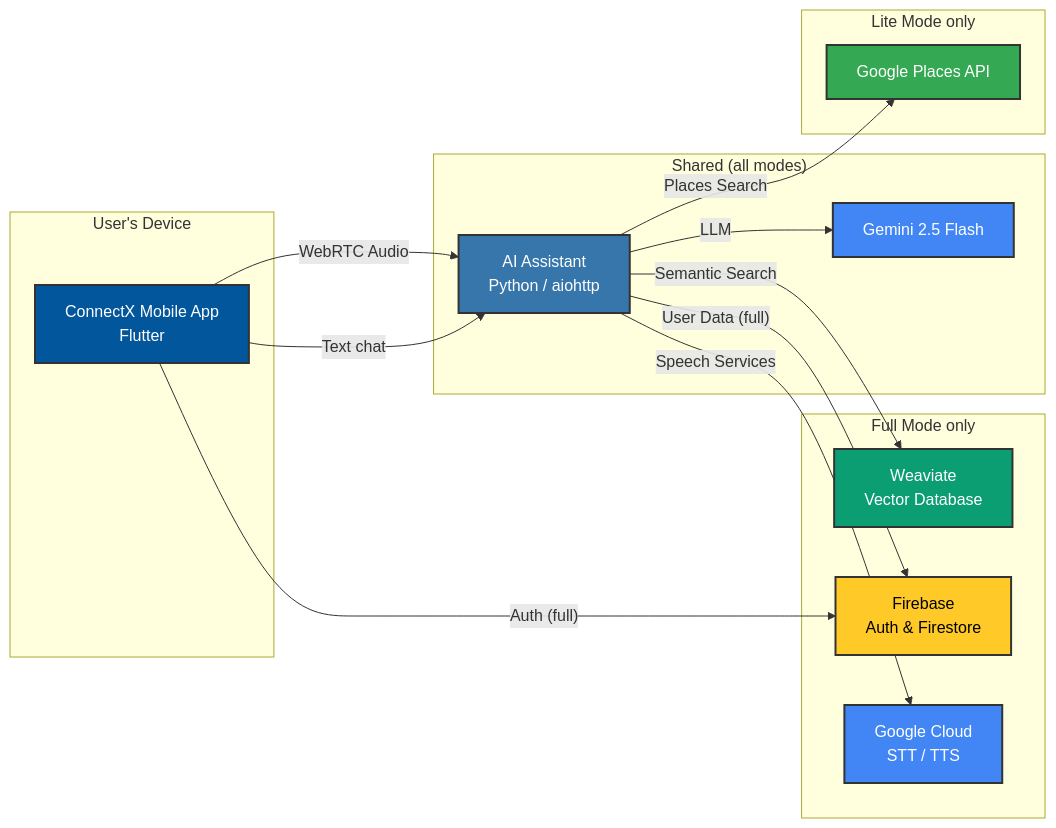
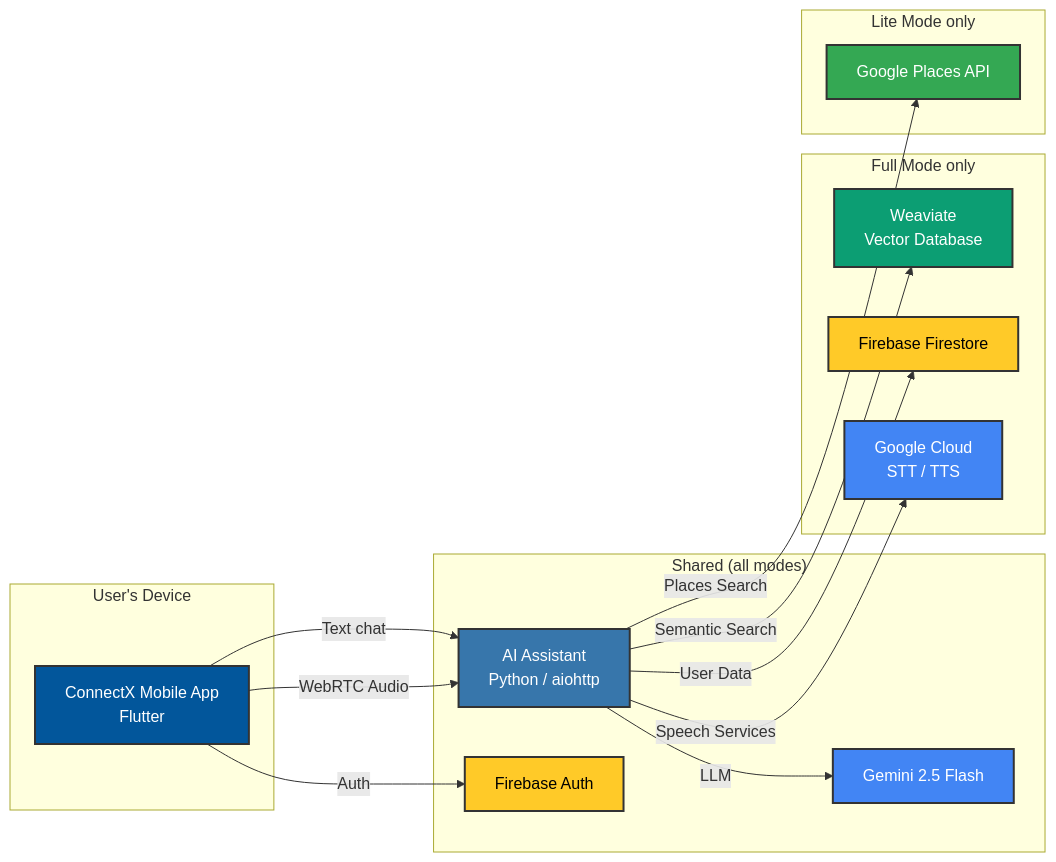
The diagram in README.md (Fides-Connect/linkora), drawn with Mermaid before and after one commit. The commit also changed 1 other file, not shown here.

Commit message:
Fix Firebase Auth as shared dependency (Firestore/FCM are full-only)

````diff
--- a/README.md
+++ b/README.md
@@ -79,38 +79,40 @@
 ```mermaid
 graph LR
     subgraph Device["User's Device"]
         A[ConnectX Mobile App\nFlutter]
     end
 
     subgraph Shared["Shared (all modes)"]
         B[AI Assistant\nPython / aiohttp]
         G[Gemini 2.5 Flash]
+        D[Firebase Auth]
     end
 
     subgraph Full["Full Mode only"]
         C[Weaviate\nVector Database]
-        D[Firebase\nAuth & Firestore]
+        D2[Firebase Firestore]
         E[Google Cloud\nSTT / TTS]
     end
 
     subgraph Lite["Lite Mode only"]
         F[Google Places API]
     end
 
-    A -- "Auth (full)" --> D
+    A -- "Auth" --> D
     A -- "WebRTC Audio" --> B
     A -- "Text chat" --> B
     B -- "LLM" --> G
-    B -- "User Data (full)" --> D
+    B -- "User Data" --> D2
     B -- "Semantic Search" --> C
     B -- "Speech Services" --> E
     B -- "Places Search" --> F
 
     style A fill:#02569B,stroke:#333,stroke-width:2px,color:#fff
     style B fill:#3776AB,stroke:#333,stroke-width:2px,color:#fff
     style C fill:#0C9E73,stroke:#333,stroke-width:2px,color:#fff
     style D fill:#FFCA28,stroke:#333,stroke-width:2px,color:#000
+    style D2 fill:#FFCA28,stroke:#333,stroke-width:2px,color:#000
     style E fill:#4285F4,stroke:#333,stroke-width:2px,color:#fff
     style F fill:#34A853,stroke:#333,stroke-width:2px,color:#fff
     style G fill:#4285F4,stroke:#333,stroke-width:2px,color:#fff
 ```
````
